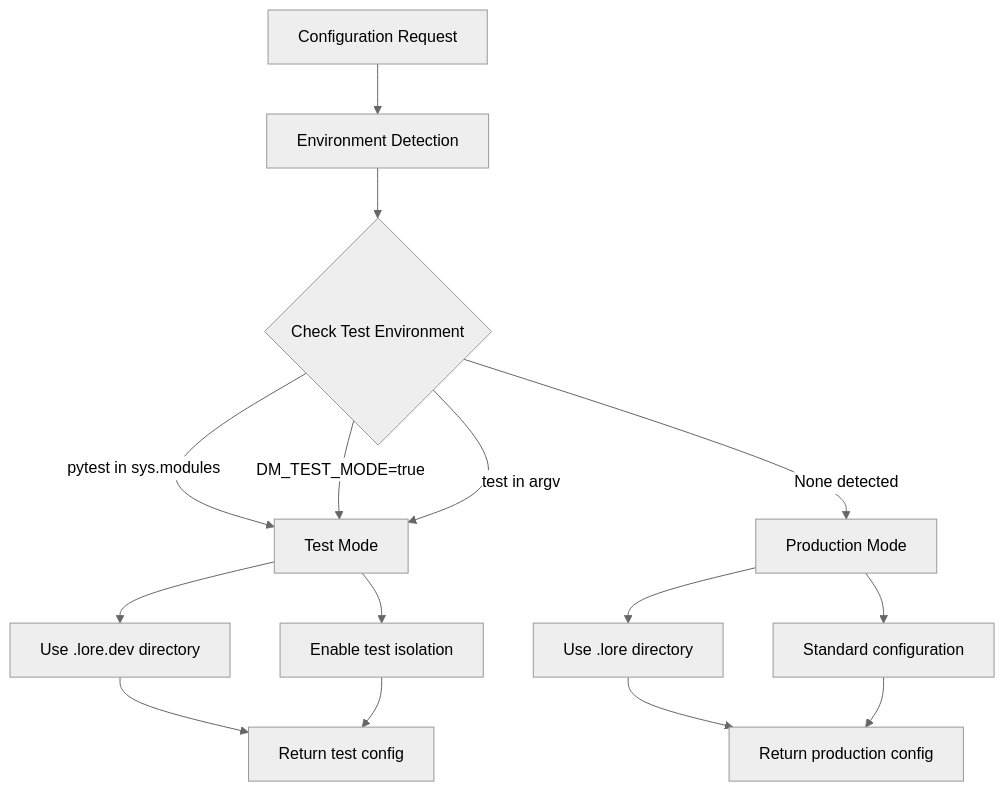
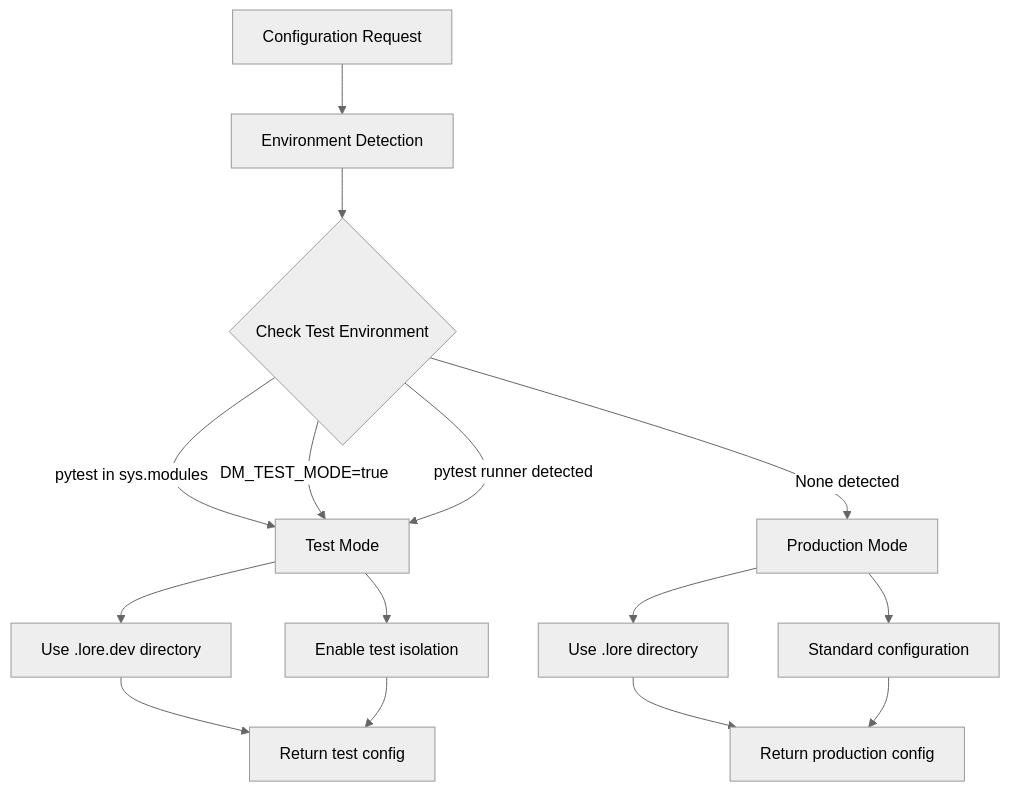
One commit to hpohlmann/dungeon-master changed the second of 3 diagrams in .lore/core/configuration.md. Above: the diagram before and after it, drawn with Mermaid (neutral theme). The commit also changed other lines of this file and 3 other files, not shown here.

````diff
--- a/.lore/core/configuration.md
+++ b/.lore/core/configuration.md
@@ -137,20 +137,20 @@
 ```mermaid
 flowchart TD
     A[Configuration Request] --> B[Environment Detection]
 
     B --> C{Check Test Environment}
     C -->|pytest in sys.modules| D[Test Mode]
     C -->|DM_TEST_MODE=true| D
-    C -->|test in argv| D
+    C -->|pytest runner detected| D
     C -->|None detected| E[Production Mode]
 
     D --> F[Use .lore.dev directory]
     D --> G[Enable test isolation]
     E --> H[Use .lore directory]
     E --> I[Standard configuration]
 
     F --> J[Return test config]
     G --> J
     H --> K[Return production config]
     I --> K
 ```
````
